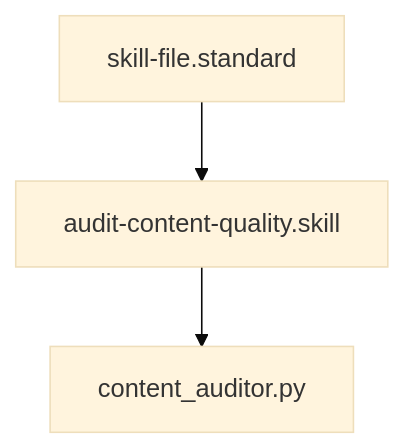
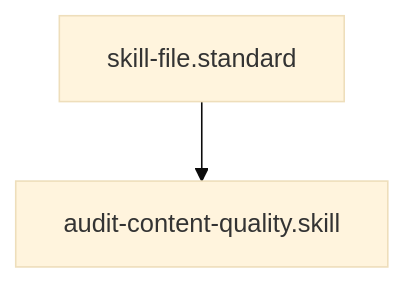
One commit to Gizmo4Life/ai-kernel changed the diagram in skills/audit-content-quality.skill.md. Above: the diagram before and after it, drawn with Mermaid (base theme). The commit also changed other lines of this file and 13 other files, not shown here.

````diff
--- a/skills/audit-content-quality.skill.md
+++ b/skills/audit-content-quality.skill.md
@@ -23,5 +24,4 @@
 ```mermaid
 graph TD
     skill-file.standard --> audit-content-quality.skill
-    audit-content-quality.skill --> content_auditor[content_auditor.py]
 ```
````
